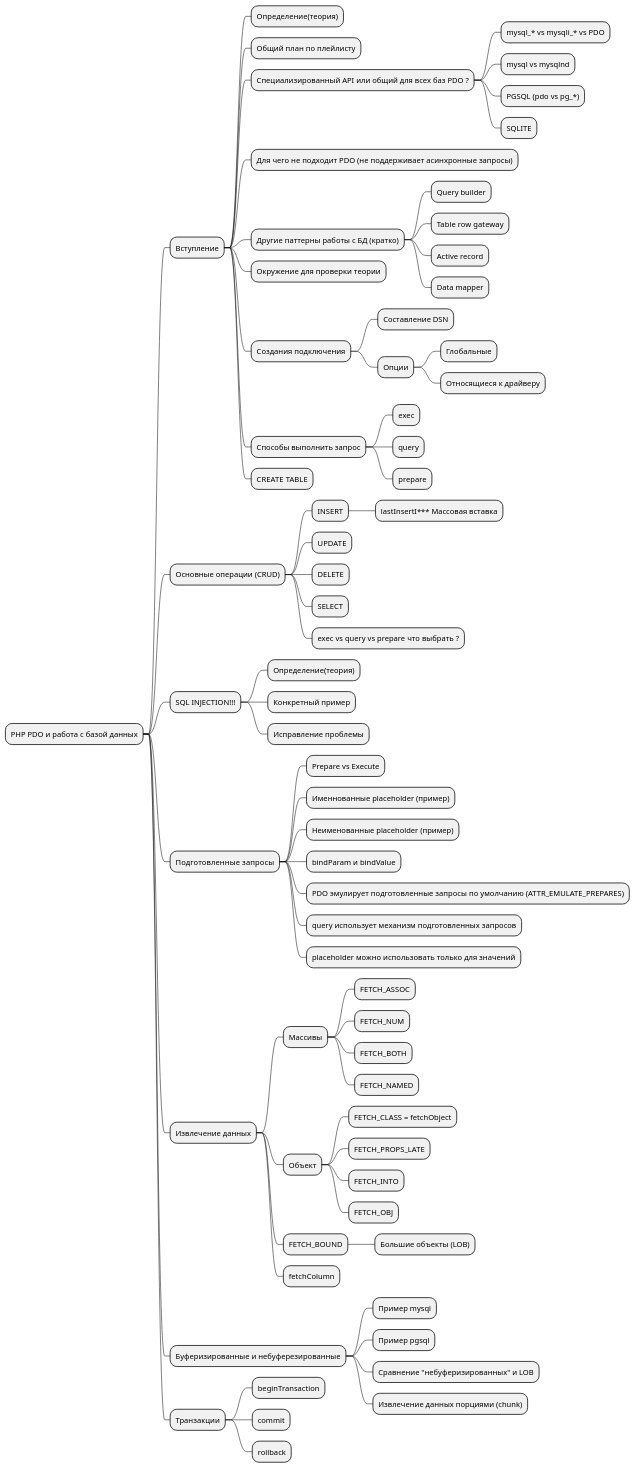
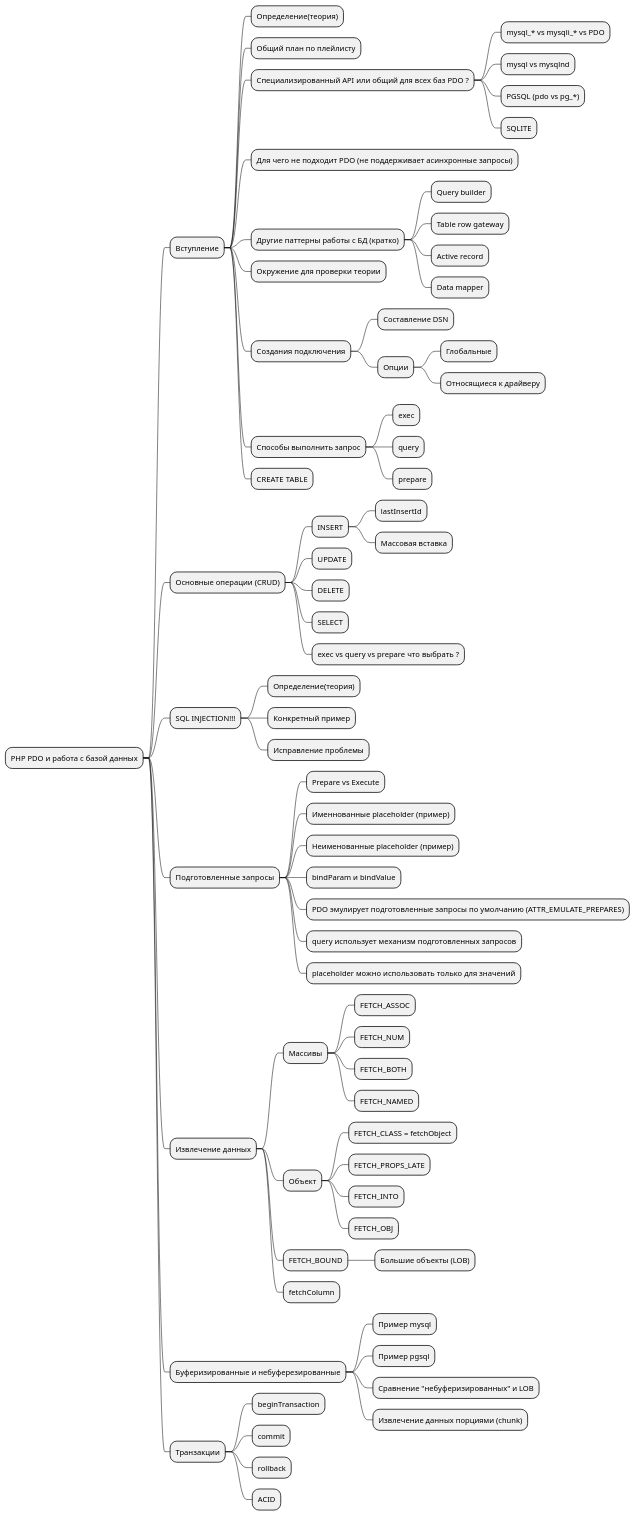
The diagram in pdo/plan.puml (smpl/youtube), drawn with PlantUML before and after one commit. The commit also changed 8 other files, not shown here.

```diff
--- a/pdo/plan.puml
+++ b/pdo/plan.puml
@@ -1,78 +1,80 @@
 @startmindmap
 * PHP PDO и работа с базой данных
 ** Вступление
 *** Определение(теория)
 *** Общий план по плейлисту
 *** Специализированный API или общий для всех баз PDO ?
 **** mysql_* vs mysqli_* vs PDO
 **** mysql vs mysqlnd
 **** PGSQL (pdo vs pg_*)
 **** SQLITE
 *** Для чего не подходит PDO (не поддерживает асинхронные запросы)
 *** Другие паттерны работы с БД (кратко)
 **** Query builder
 **** Table row gateway
 **** Active record
 **** Data mapper
 *** Окружение для проверки теории
 *** Создания подключения
 **** Составление DSN
 **** Опции
 ***** Глобальные
 ***** Относящиеся к драйверу
 *** Cпособы выполнить запрос
 **** exec
 **** query
 **** prepare
 *** CREATE TABLE
 
 ** Основные операции (CRUD)
 
 *** INSERT
-**** lastInsertI*** Массовая вставка
+**** lastInsertId
+**** Массовая вставка
 *** UPDATE
 *** DELETE
 *** SELECT
 *** exec vs query vs prepare что выбрать ?
 
 ** SQL INJECTION!!!
 *** Определение(теория)
 *** Конкретный пример
 *** Исправление проблемы
 
 ** Подготовленные  запросы
 *** Prepare vs Execute
 *** Именнованные placeholder (пример)
 *** Неименованные placeholder (пример)
 *** bindParam и bindValue
 *** PDO эмулирует подготовленные запросы по умолчанию (ATTR_EMULATE_PREPARES)
 *** query использует механизм подготовленных запросов
 *** placeholder можно использовать только для значений
 
 ** Извлечение данных
 *** Массивы
 **** FETCH_ASSOC
 **** FETCH_NUM
 **** FETCH_BOTH
 **** FETCH_NAMED
 *** Объект
 **** FETCH_CLASS = fetchObject
 **** FETCH_PROPS_LATE
 **** FETCH_INTO
 **** FETCH_OBJ
 *** FETCH_BOUND
 **** Большие объекты (LOB)
 *** fetchColumn
 
 ** Буферизированные и небуферезированные
 *** Пример mysql
 *** Пример pgsql
 *** Сравнение "небуферизированных" и LOB
 *** Извлечение данных порциями (chunk)
 
 ** Транзакции
 *** beginTransaction
 *** commit
 *** rollback
+*** ACID
 
 @endmindmap
```
